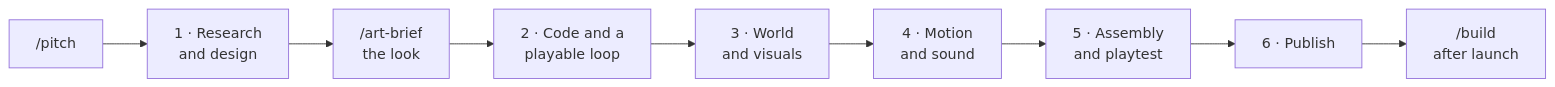
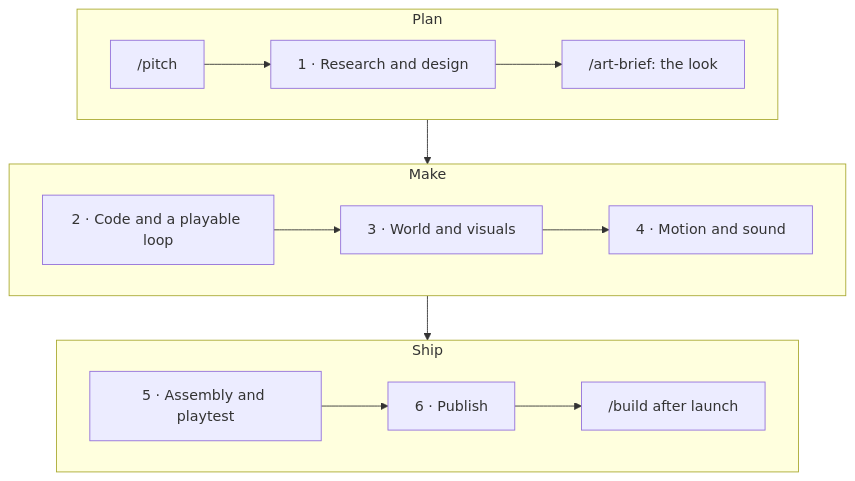
Before and after one commit to boomypig/roblox-final: the diagram in README.md, drawn with Mermaid. The commit also changed other lines of this file, not shown here.

Commit message:
docs(readme): the build diagram in three rows so it is readable on GitHub

````diff
--- a/README.md
+++ b/README.md
@@ -109,11 +109,16 @@
 ```mermaid
-flowchart LR
-    P["/pitch"] --> S1["1 · Research<br>and design"]
-    S1 --> L["/art-brief<br>the look"]
-    L --> S2["2 · Code and a<br>playable loop"]
-    S2 --> S3["3 · World<br>and visuals"]
-    S3 --> S4["4 · Motion<br>and sound"]
-    S4 --> S5["5 · Assembly<br>and playtest"]
-    S5 --> S6["6 · Publish"]
-    S6 --> B["/build<br>after launch"]
+flowchart TB
+    subgraph plan["Plan"]
+        direction LR
+        P["/pitch"] --> S1["1 · Research and design"] --> L["/art-brief: the look"]
+    end
+    subgraph make["Make"]
+        direction LR
+        S2["2 · Code and a playable loop"] --> S3["3 · World and visuals"] --> S4["4 · Motion and sound"]
+    end
+    subgraph ship["Ship"]
+        direction LR
+        S5["5 · Assembly and playtest"] --> S6["6 · Publish"] --> B["/build after launch"]
+    end
+    plan --> make --> ship
 ```
````
